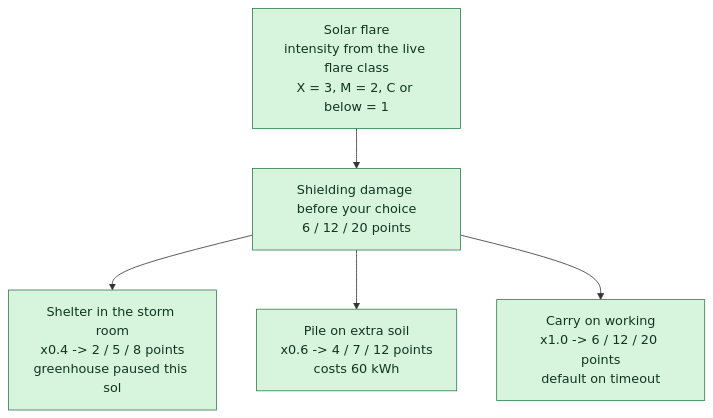
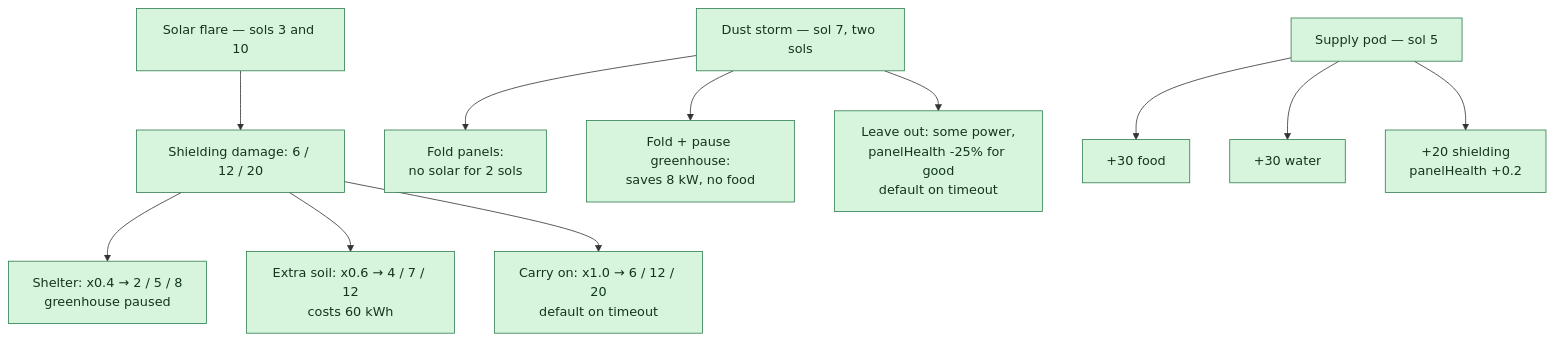
Before and after one commit to Theteamakrasia/Mars-Horizon-Junior-Astronaut-Mission-Trainer: the third of 4 diagrams in docs/game-flow.md, drawn with Mermaid. The commit also changed other lines of this file and 3 other files, not shown here.

Commit message:
docs(game-flow): shrink the diagram set and link it from the README

````diff
--- a/docs/game-flow.md
+++ b/docs/game-flow.md
@@ -173,11 +145,18 @@
 ```mermaid
 flowchart TD
-    E["Solar flare<br/>intensity from the live flare class<br/>X = 3, M = 2, C or below = 1"] --> Base["Shielding damage before your choice<br/>6 / 12 / 20 points"]
-    Base --> Shelter["Shelter in the storm room<br/>x0.4 -> 2 / 5 / 8 points<br/>greenhouse paused this sol"]
-    Base --> ShieldUp["Pile on extra soil<br/>x0.6 -> 4 / 7 / 12 points<br/>costs 60 kWh"]
-    Base --> Carry["Carry on working<br/>x1.0 -> 6 / 12 / 20 points<br/>default on timeout"]
+    F["Solar flare — sols 3 and 10"] --> FB["Shielding damage: 6 / 12 / 20"]
+    FB --> F1["Shelter: x0.4 → 2 / 5 / 8<br/>greenhouse paused"]
+    FB --> F2["Extra soil: x0.6 → 4 / 7 / 12<br/>costs 60 kWh"]
+    FB --> F3["Carry on: x1.0 → 6 / 12 / 20<br/>default on timeout"]
+
+    S["Dust storm — sol 7, two sols"] --> S1["Fold panels:<br/>no solar for 2 sols"]
+    S --> S2["Fold + pause greenhouse:<br/>saves 8 kW, no food"]
+    S --> S3["Leave out: some power,<br/>panelHealth -25% for good<br/>default on timeout"]
+
+    P["Supply pod — sol 5"] --> P1["+30 food"]
+    P --> P2["+30 water"]
+    P --> P3["+20 shielding<br/>panelHealth +0.2"]
 
     classDef impl fill:#d7f5dd,stroke:#2f7d4f,color:#12351f
-    classDef gate fill:#fff2c7,stroke:#a97a00,color:#3a2b00
-    class E,Base,Shelter,ShieldUp,Carry impl
+    class F,FB,F1,F2,F3,S,S1,S2,S3,P,P1,P2,P3 impl
 ```
````
